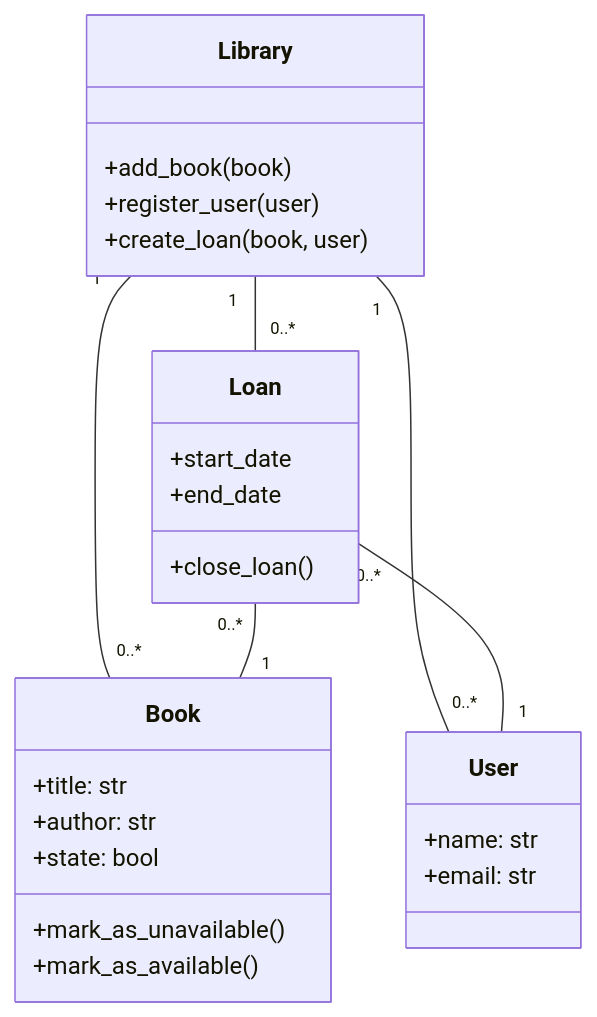
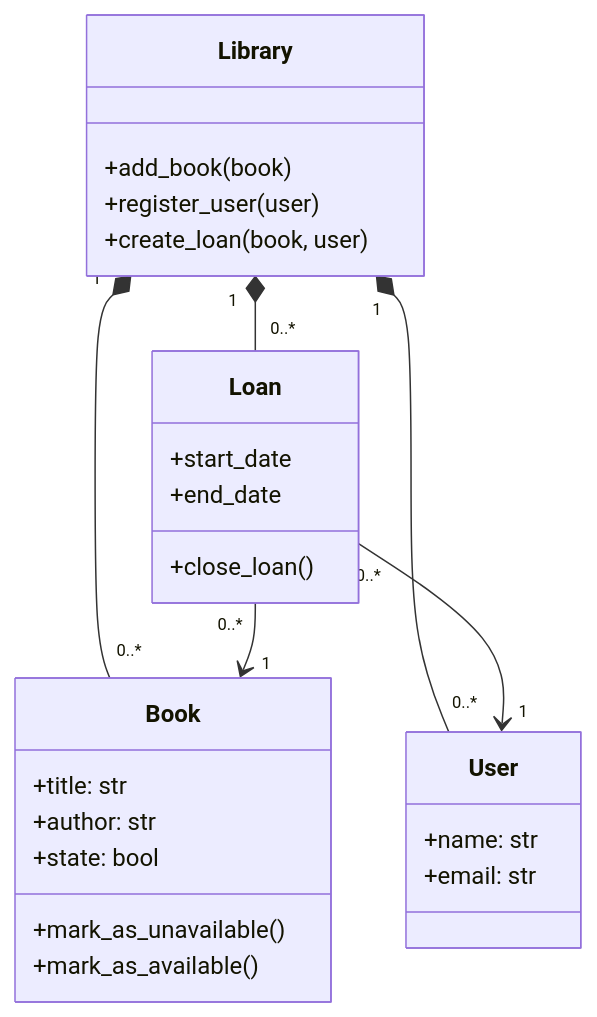
Before and after one commit to rhilesfekkai/sw_design_architecture: the diagram in uml_intro/0-class_diagram.mmd, drawn with Mermaid.

Commit message:
Create library loan system class diagram

```diff
--- a/uml_intro/0-class_diagram.mmd
+++ b/uml_intro/0-class_diagram.mmd
@@ -1,31 +1,31 @@
 classDiagram
     class Library {
         +add_book(book)
         +register_user(user)
         +create_loan(book, user)
     }
 
     class Book {
         +title: str
         +author: str
         +state: bool
         +mark_as_unavailable()
         +mark_as_available()
     }
 
     class User {
         +name: str
         +email: str
     }
 
     class Loan {
         +start_date
         +end_date
         +close_loan()
     }
 
-    Library "1" -- "0..*" Book
-    Library "1" -- "0..*" User
-    Library "1" -- "0..*" Loan
-    Loan "0..*" -- "1" Book
-    Loan "0..*" -- "1" User
+    Library "1" *-- "0..*" Book
+    Library "1" *-- "0..*" User
+    Library "1" *-- "0..*" Loan
+    Loan "0..*" --> "1" Book
+    Loan "0..*" --> "1" User
```
